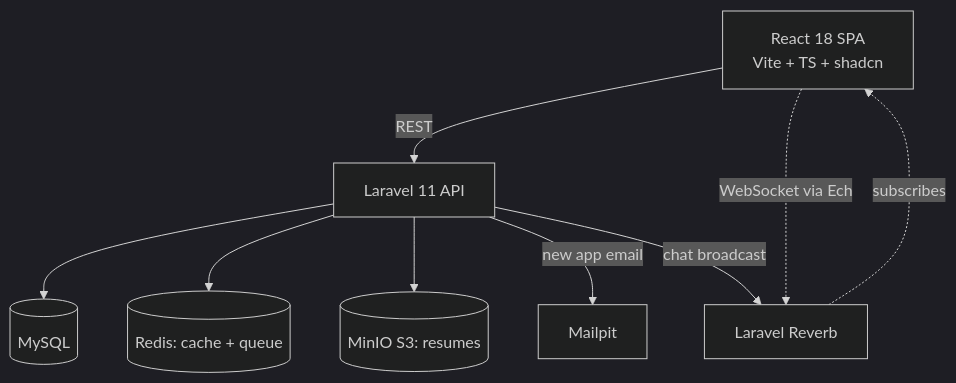
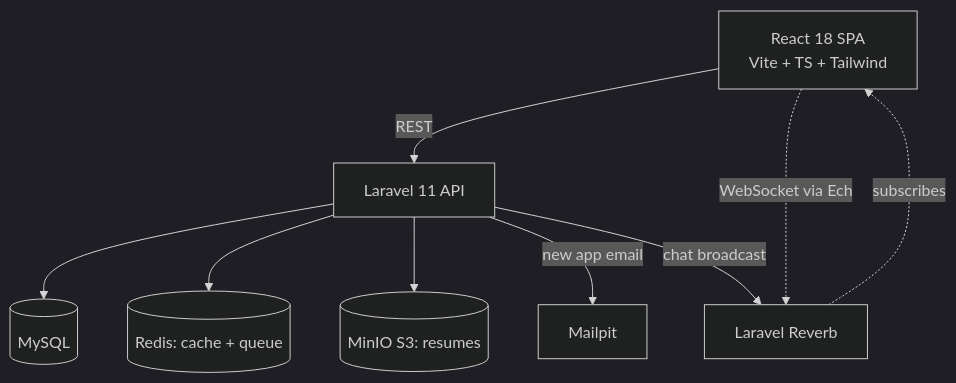
One commit to umairjutt/jobportal-laravel-react changed the diagram in README.md. Above: the diagram before and after it, drawn with Mermaid (dark theme). The commit also changed other lines of this file and 1 other file, not shown here.

````diff
--- a/README.md
+++ b/README.md
@@ -35,11 +34,11 @@
 ```mermaid
 flowchart TB
-    react[React 18 SPA<br/>Vite + TS + shadcn] -->|REST| api[Laravel 11 API]
+    react[React 18 SPA<br/>Vite + TS + Tailwind] -->|REST| api[Laravel 11 API]
     react -.WebSocket via Echo.-> reverb[Laravel Reverb]
     api --> mysql[(MySQL)]
     api --> redis[(Redis: cache + queue)]
     api --> minio[(MinIO S3: resumes)]
     api -->|"new app email"| mail[Mailpit]
     api -->|"chat broadcast"| reverb
     reverb -.subscribes.-> react
 ```
````
